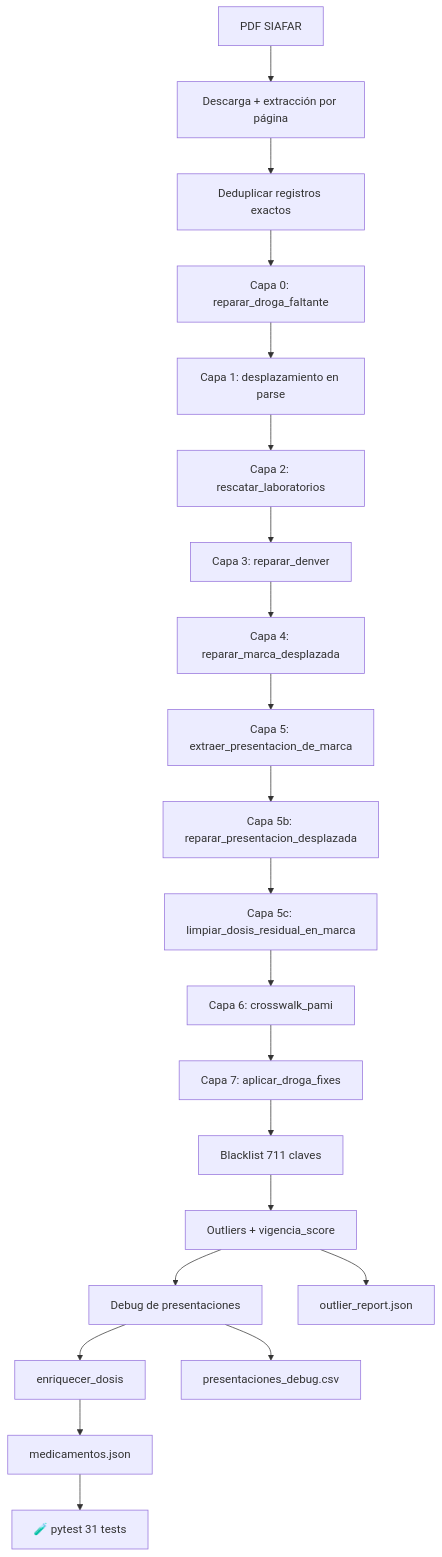
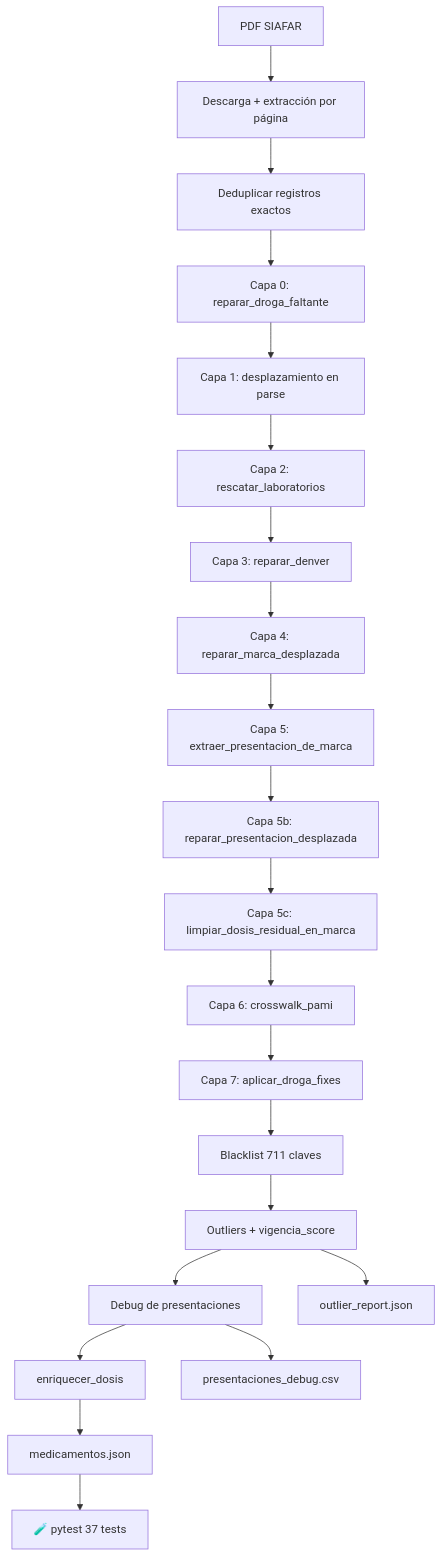
Before and after one commit to psbella/remediar: the fifth of 9 diagrams in README.md, drawn with Mermaid. The commit also changed other lines of this file and 1 other file, not shown here.

Commit message:
docs(readme): actualizar cifras del dataset, tests (37), reintentos de descarga, CSP y tests.yml en ES y EN

````diff
--- a/README.md
+++ b/README.md
@@ -1197,46 +1206,46 @@
 ```mermaid
 flowchart TD
 
     A[PDF SIAFAR]
     B[Descarga + extracción por página]
     DD[Deduplicar registros exactos]
     C0[Capa 0: reparar_droga_faltante]
     C1[Capa 1: desplazamiento en parse]
     C2[Capa 2: rescatar_laboratorios]
     C3[Capa 3: reparar_denver]
     C4[Capa 4: reparar_marca_desplazada]
     C5[Capa 5: extraer_presentacion_de_marca]
     C5B[Capa 5b: reparar_presentacion_desplazada]
     C5C[Capa 5c: limpiar_dosis_residual_en_marca]
     C6[Capa 6: crosswalk_pami]
     C7[Capa 7: aplicar_droga_fixes]
     BL[Blacklist 711 claves]
     OUT[Outliers + vigencia_score]
     PRES[Debug de presentaciones]
     ENR[enriquecer_dosis]
-    T[🧪 pytest 31 tests]
+    T[🧪 pytest 37 tests]
     JSON[medicamentos.json]
     DEBUG[presentaciones_debug.csv]
     REPORT[outlier_report.json]
 
     A --> B
     B --> DD
     DD --> C0
     C0 --> C1
     C1 --> C2
     C2 --> C3
     C3 --> C4
     C4 --> C5
     C5 --> C5B
     C5B --> C5C
     C5C --> C6
     C6 --> C7
     C7 --> BL
     BL --> OUT
     OUT --> PRES
     PRES --> ENR
     ENR --> JSON
     JSON --> T
     PRES --> DEBUG
     OUT --> REPORT
 ```
````
